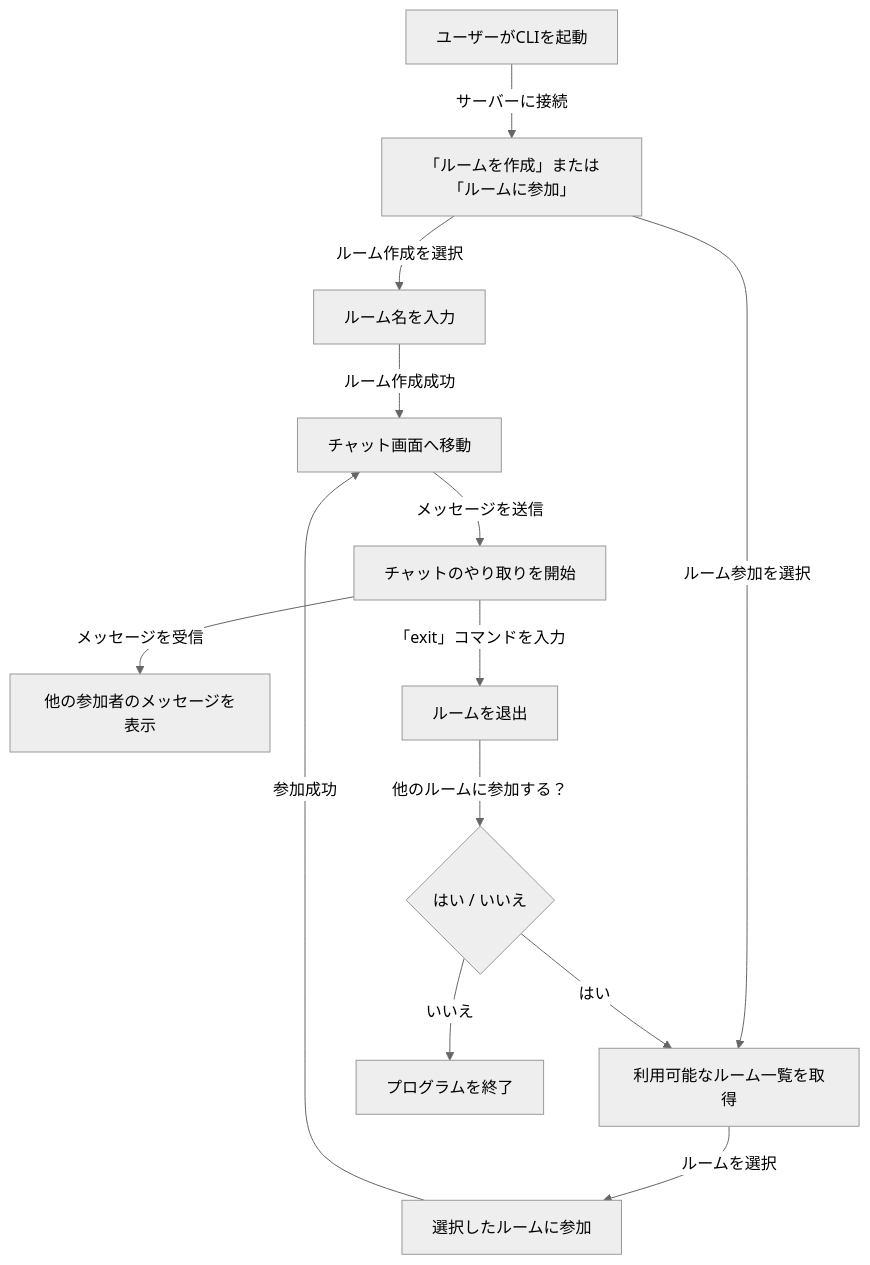
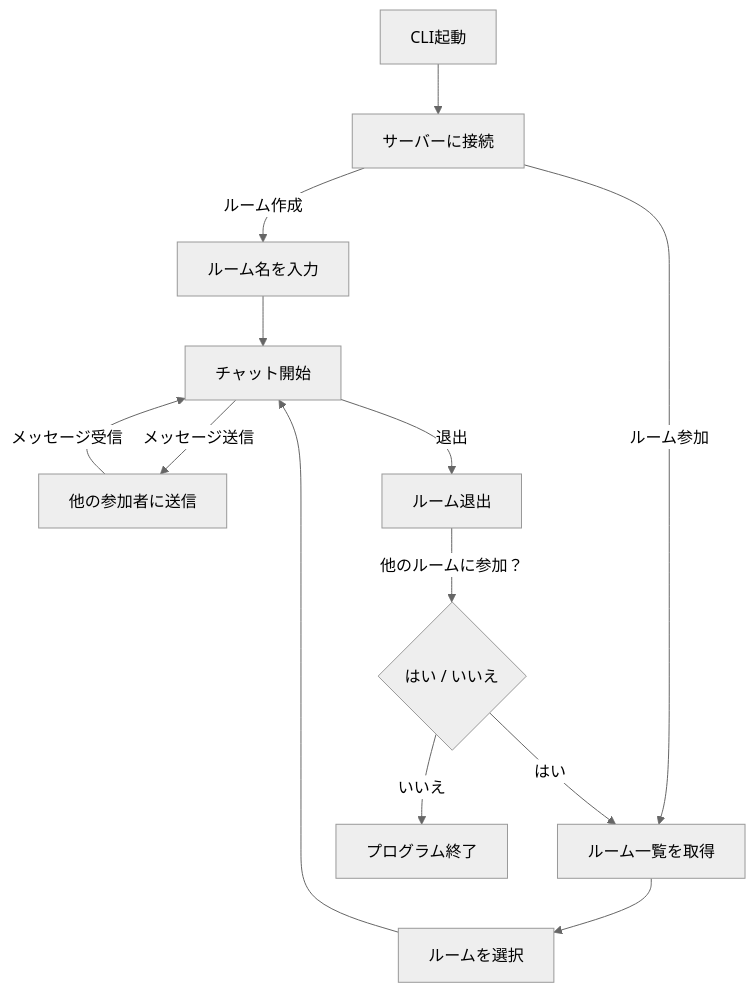
One commit to BackendExplorer/Tenshin changed the diagram in README.md. Above: the diagram before and after it, drawn with Mermaid (neutral theme).

````diff
--- a/README.md
+++ b/README.md
@@ -1,20 +1,18 @@
 ```mermaid
 graph TD
-    A[ユーザーがCLIを起動] -->|サーバーに接続| B[「ルームを作成」または「ルームに参加」]
-    
-    B -- ルーム作成を選択 --> C[ルーム名を入力]
-    C -->|ルーム作成成功| D[チャット画面へ移動]
-    
-    B -- ルーム参加を選択 --> E[利用可能なルーム一覧を取得]
-    E -->|ルームを選択| F[選択したルームに参加]
-    F -->|参加成功| D
+    A[CLI起動] --> B[サーバーに接続]
+    B -->|ルーム作成| C[ルーム名を入力]
+    B -->|ルーム参加| D[ルーム一覧を取得]
+    D --> E[ルームを選択]
 
-    D -->|メッセージを送信| G[チャットのやり取りを開始]
-    G -->|メッセージを受信| H[他の参加者のメッセージを表示]
-    
-    G -->|「exit」コマンドを入力| I[ルームを退出]
-    I -->|他のルームに参加する？| J{はい / いいえ}
-    
-    J -- はい --> E
-    J -- いいえ --> K[プログラムを終了]
+    C --> F[チャット開始]
+    E --> F
+
+    F -->|メッセージ送信| G[他の参加者に送信]
+    G -->|メッセージ受信| F
+
+    F -->|退出| H[ルーム退出]
+    H -->|他のルームに参加？| I{はい / いいえ}
+    I -- はい --> D
+    I -- いいえ --> J[プログラム終了]
 ```
````
